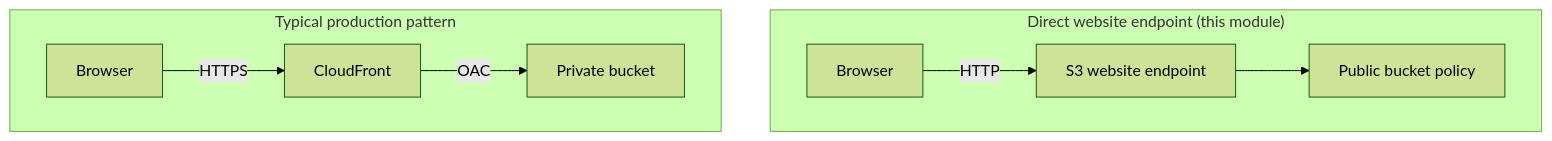
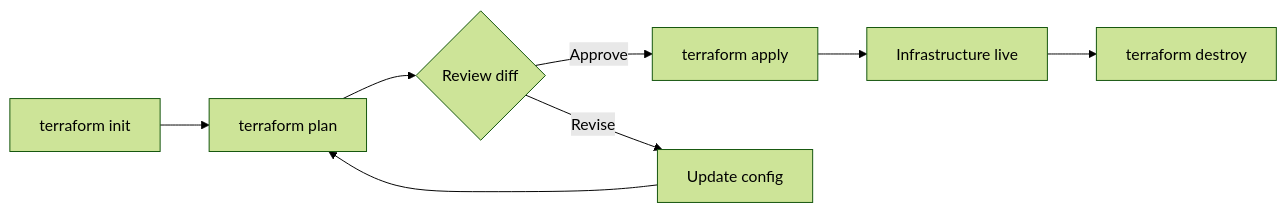
Before and after one commit to vandana-platform/02-tier-1-devops: the first of 5 diagrams in aws/system-03-data-platform/02-infrastructure/stage-01-foundation/s3-static-site/docs/interview-prep.md, drawn with Mermaid (forest theme). The commit also changed other lines of this file and 5 other files, not shown here.

````diff
--- a/aws/system-03-data-platform/02-infrastructure/stage-01-foundation/s3-static-site/docs/interview-prep.md
+++ b/aws/system-03-data-platform/02-infrastructure/stage-01-foundation/s3-static-site/docs/interview-prep.md
@@ -55,11 +21,10 @@
 ```mermaid
-flowchart TD
-    subgraph Direct["Direct website endpoint (this module)"]
-    B1[Browser] -->|HTTP| WE[S3 website endpoint]
-    WE --> PB[Public bucket policy]
-    end
-    subgraph CF["Typical production pattern"]
-    B2[Browser] -->|HTTPS| C[CloudFront]
-    C -->|OAC| PR[Private bucket]
-    end
+flowchart LR
+    A[terraform init] --> B[terraform plan]
+    B --> C{Review diff}
+    C -->|Approve| D[terraform apply]
+    C -->|Revise| E[Update config]
+    E --> B
+    D --> F[Infrastructure live]
+    F --> G[terraform destroy]
 ```
````
